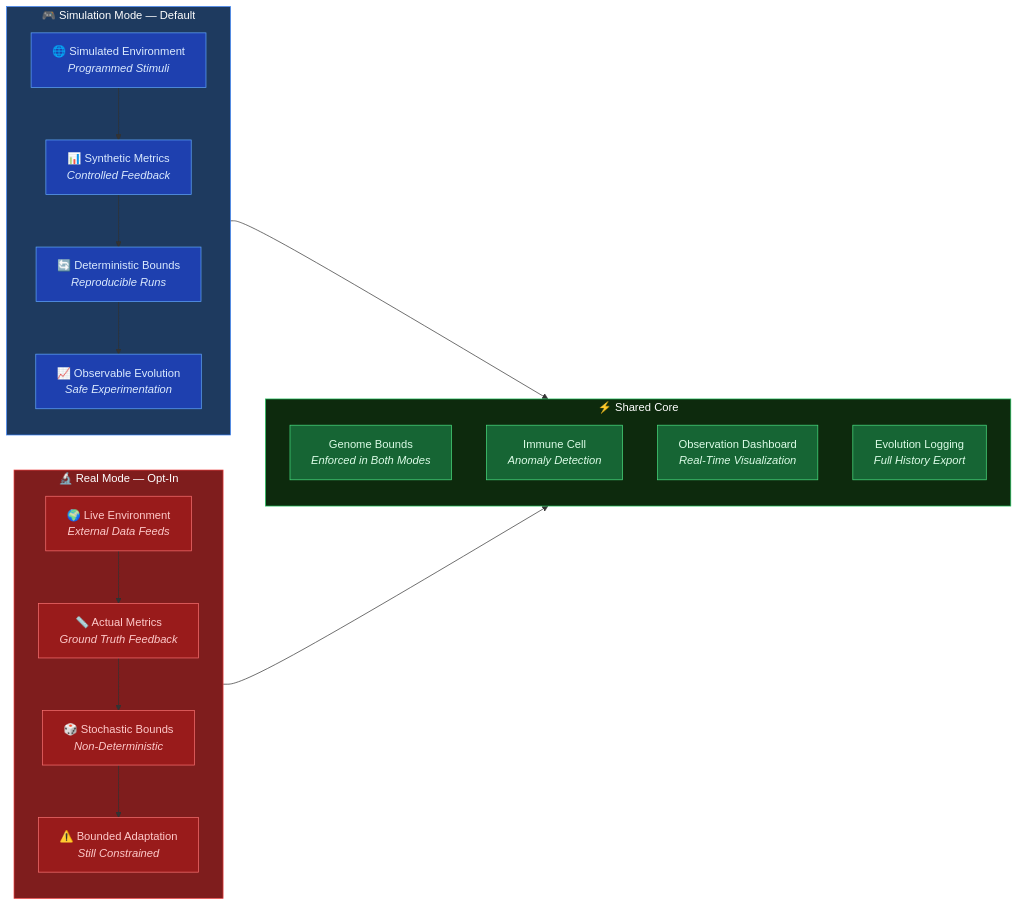
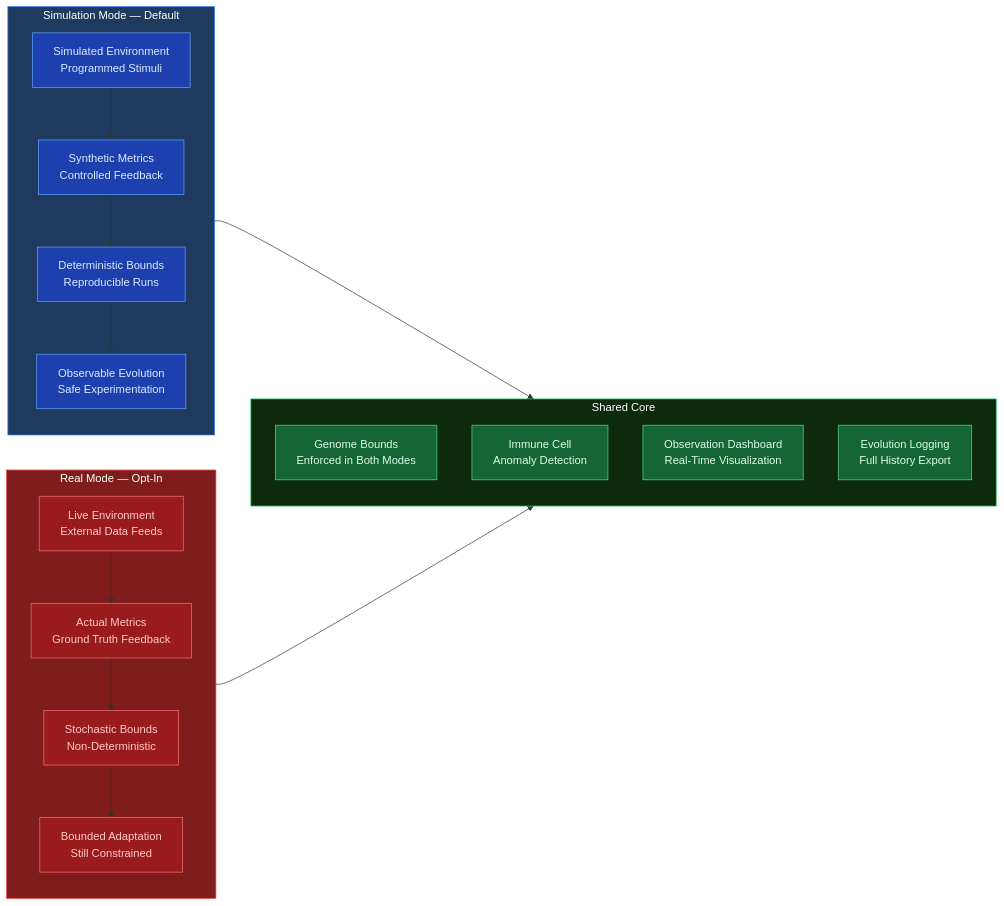
The fourth of 5 diagrams in README.md (mulkymalikuldhrs/autonomous-organism), drawn with Mermaid before and after one commit. The commit also changed other lines of this file and 1 other file, not shown here.

Commit message:
🎨 Upgrade: banner image + fixed Mermaid + animations + flow diagrams

````diff
--- a/README.md
+++ b/README.md
@@ -334,46 +216,46 @@
 ```mermaid
 flowchart LR
-    subgraph SIM["🎮 Simulation Mode — Default"]
+    subgraph SIM["Simulation Mode — Default"]
         direction TB
-        S1["🌐 Simulated Environment<br/><i>Programmed Stimuli</i>"]
-        S2["📊 Synthetic Metrics<br/><i>Controlled Feedback</i>"]
-        S3["🔄 Deterministic Bounds<br/><i>Reproducible Runs</i>"]
-        S4["📈 Observable Evolution<br/><i>Safe Experimentation</i>"]
+        S1["Simulated Environment<br/>Programmed Stimuli"]
+        S2["Synthetic Metrics<br/>Controlled Feedback"]
+        S3["Deterministic Bounds<br/>Reproducible Runs"]
+        S4["Observable Evolution<br/>Safe Experimentation"]
         S1 --> S2 --> S3 --> S4
     end
 
-    subgraph REAL["🔬 Real Mode — Opt-In"]
+    subgraph REAL["Real Mode — Opt-In"]
         direction TB
-        R1["🌍 Live Environment<br/><i>External Data Feeds</i>"]
-        R2["📏 Actual Metrics<br/><i>Ground Truth Feedback</i>"]
-        R3["🎲 Stochastic Bounds<br/><i>Non-Deterministic</i>"]
-        R4["⚠️ Bounded Adaptation<br/><i>Still Constrained</i>"]
+        R1["Live Environment<br/>External Data Feeds"]
+        R2["Actual Metrics<br/>Ground Truth Feedback"]
+        R3["Stochastic Bounds<br/>Non-Deterministic"]
+        R4["Bounded Adaptation<br/>Still Constrained"]
         R1 --> R2 --> R3 --> R4
     end
 
-    subgraph COMMON["⚡ Shared Core"]
-        CC1["Genome Bounds<br/><i>Enforced in Both Modes</i>"]
-        CC2["Immune Cell<br/><i>Anomaly Detection</i>"]
-        CC3["Observation Dashboard<br/><i>Real-Time Visualization</i>"]
-        CC4["Evolution Logging<br/><i>Full History Export</i>"]
+    subgraph COMMON["Shared Core"]
+        CC1["Genome Bounds<br/>Enforced in Both Modes"]
+        CC2["Immune Cell<br/>Anomaly Detection"]
+        CC3["Observation Dashboard<br/>Real-Time Visualization"]
+        CC4["Evolution Logging<br/>Full History Export"]
     end
 
     SIM --> COMMON
     REAL --> COMMON
 
     style SIM fill:#1e3a5f,stroke:#3b82f6,color:#fff
     style REAL fill:#7f1d1d,stroke:#ef4444,color:#fff
     style COMMON fill:#0d2a0d,stroke:#22c55e,color:#fff
     style S1 fill:#1e40af,stroke:#60a5fa,color:#dbeafe
     style S2 fill:#1e40af,stroke:#60a5fa,color:#dbeafe
     style S3 fill:#1e40af,stroke:#60a5fa,color:#dbeafe
     style S4 fill:#1e40af,stroke:#60a5fa,color:#dbeafe
     style R1 fill:#991b1b,stroke:#f87171,color:#fecaca
     style R2 fill:#991b1b,stroke:#f87171,color:#fecaca
     style R3 fill:#991b1b,stroke:#f87171,color:#fecaca
     style R4 fill:#991b1b,stroke:#f87171,color:#fecaca
     style CC1 fill:#166534,stroke:#4ade80,color:#dcfce7
     style CC2 fill:#166534,stroke:#4ade80,color:#dcfce7
     style CC3 fill:#166534,stroke:#4ade80,color:#dcfce7
     style CC4 fill:#166534,stroke:#4ade80,color:#dcfce7
 ```
````
